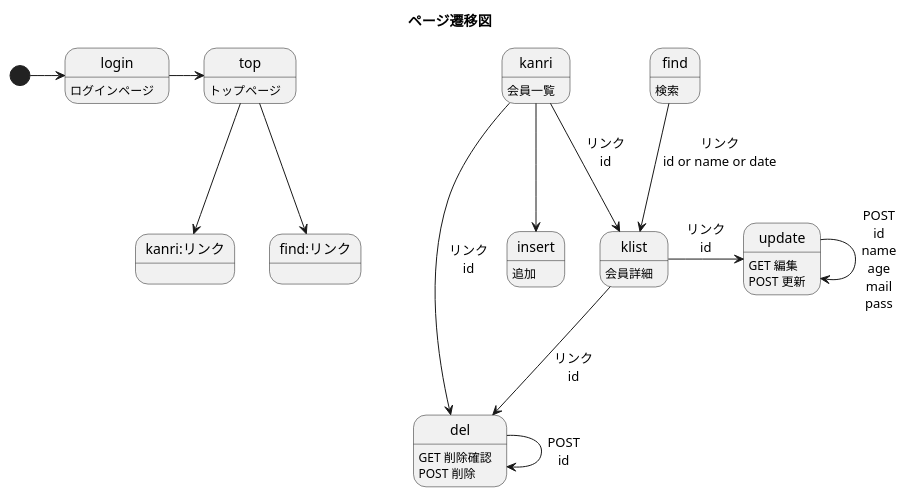
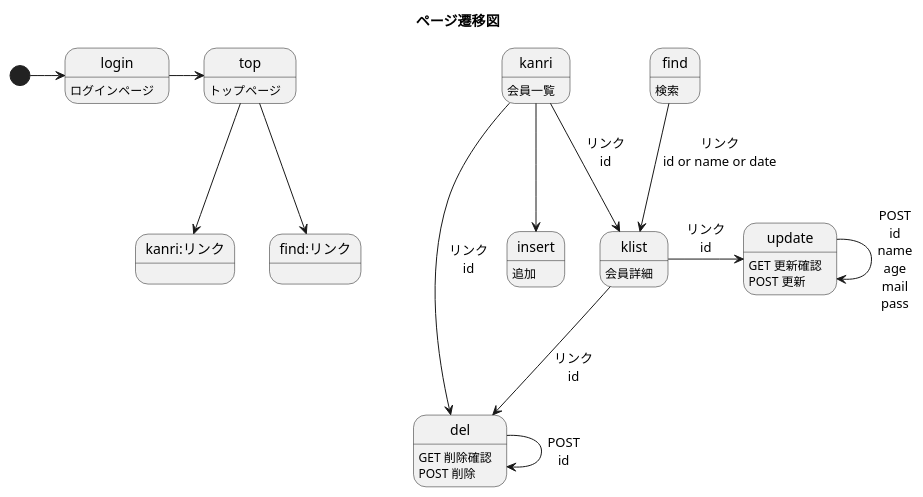
Before and after one commit to toufu66/ProjectC: the diagram in uml/admin_management.pu, drawn with PlantUML.

Commit message:
updateのget編集→更新確認

```diff
--- a/uml/admin_management.pu
+++ b/uml/admin_management.pu
@@ -1,26 +1,26 @@
 @startuml
 title ページ遷移図
 login:ログインページ
 top:トップページ
 kanri : 会員一覧
 del:GET 削除確認\nPOST 削除
-update:GET 編集\nPOST 更新
+update:GET 更新確認\nPOST 更新
 insert:追加
 klist:会員詳細
 find:検索
 
 [*]->login
 login->top
 top-->kanri:リンク
 top-->find:リンク
 kanri-->del:リンク\nid
 kanri-->insert
 kanri-->klist:リンク\nid
 del-->del:POST\nid
 find-->klist:リンク\nid or name or date
 klist-->del:リンク\nid
 
 update-->update:POST\nid\nname\nage\nmail\npass
 klist->update:リンク\nid
 
 @enduml
```
